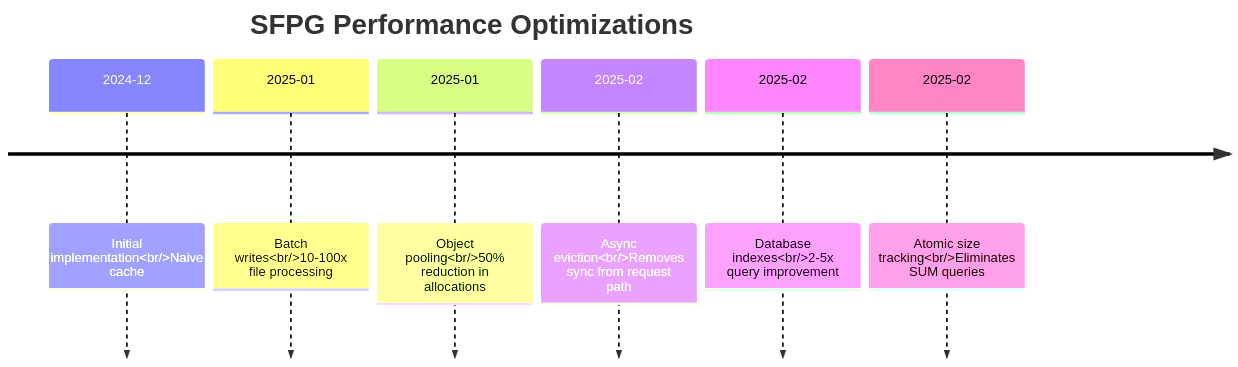
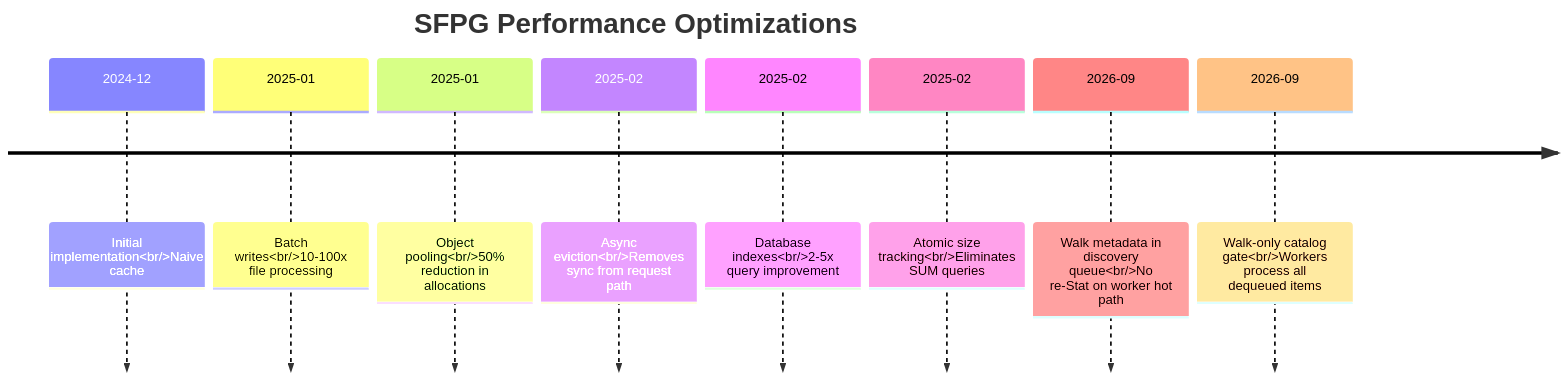
Before and after one commit to lbe/sfpg-go: diagram 20 of 20 in docs/ARCHITECTURE.md, drawn with Mermaid. The commit also changed other lines of this file and 275 other files, not shown here.

````diff
--- a/docs/ARCHITECTURE.md
+++ b/docs/ARCHITECTURE.md
@@ -1540,10 +1855,12 @@
 ```mermaid
 timeline
     title SFPG Performance Optimizations
     2024-12 : Initial implementation<br/>Naive cache
     2025-01 : Batch writes<br/>10-100x file processing
     2025-01 : Object pooling<br/>50% reduction in allocations
     2025-02 : Async eviction<br/>Removes sync from request path
     2025-02 : Database indexes<br/>2-5x query improvement
     2025-02 : Atomic size tracking<br/>Eliminates SUM queries
+    2026-09 : Walk metadata in discovery queue<br/>No re-Stat on worker hot path
+    2026-09 : Walk-only catalog gate<br/>Workers process all dequeued items
 ```
````
